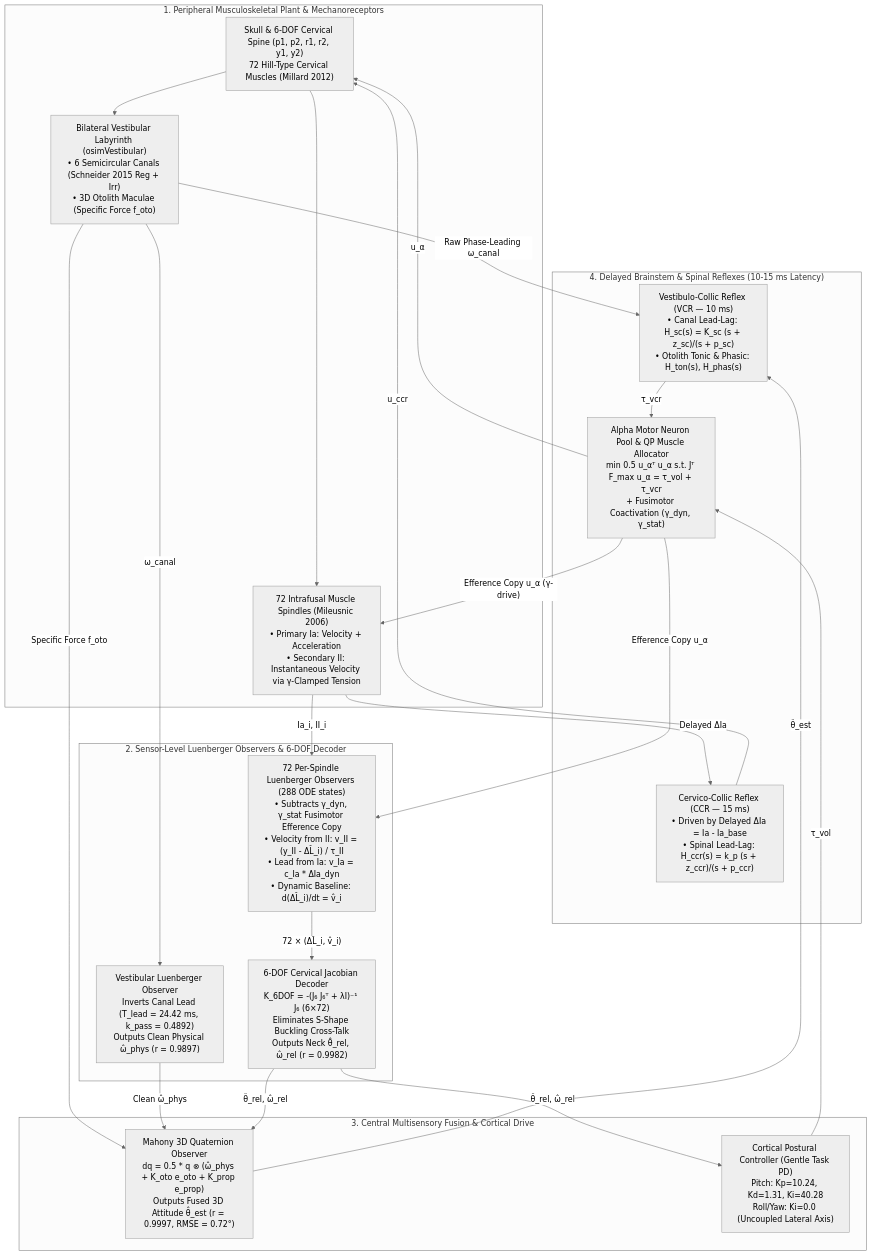
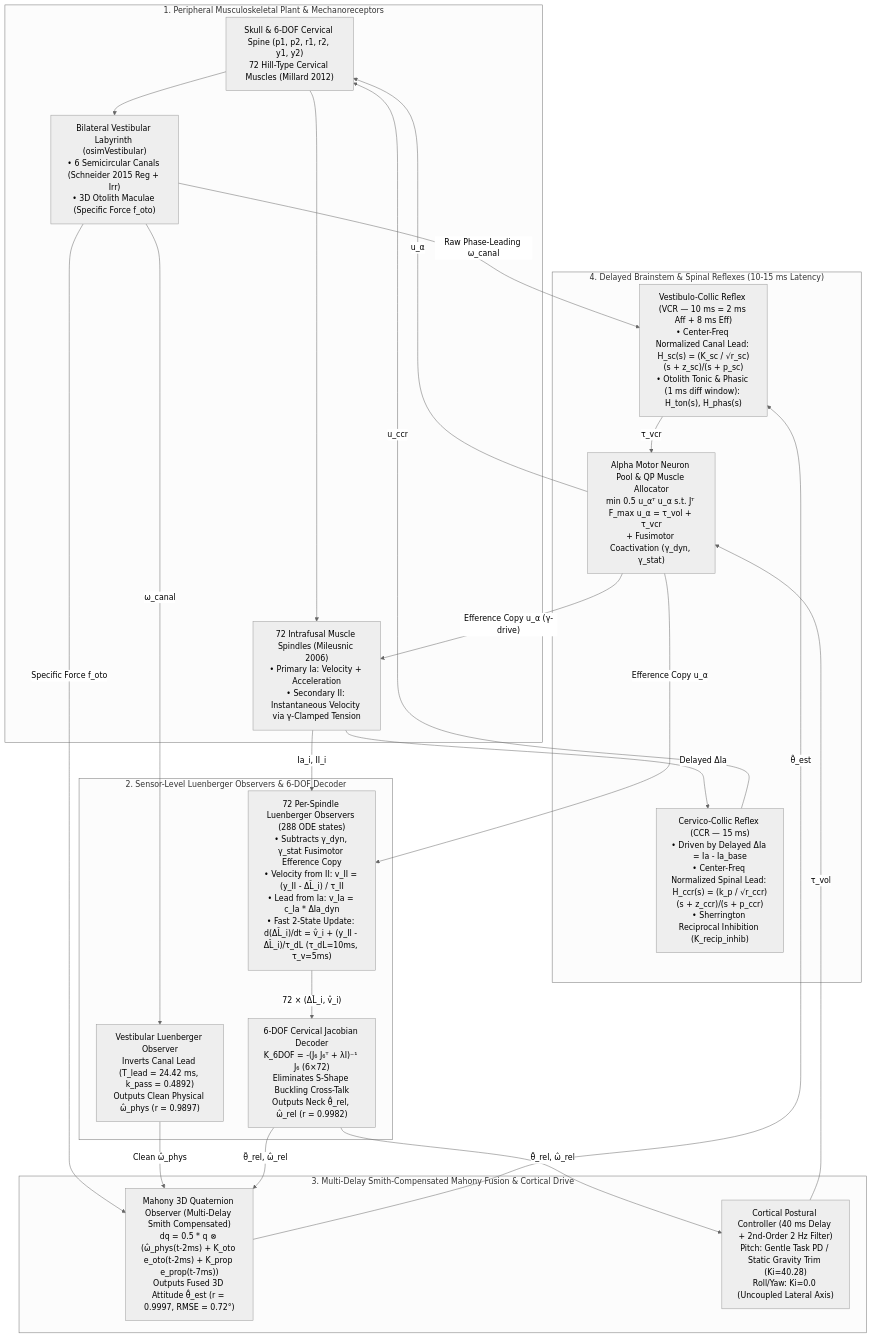
Before and after one commit to utkuoguzman/HeadNeck_Control_w_Sensors_Opensim4_6: the diagram in README.md, drawn with Mermaid (neutral theme). The commit also changed other lines of this file and 173 other files, not shown here.

````diff
--- a/README.md
+++ b/README.md
@@ -39,44 +38,44 @@
 ```mermaid
 flowchart TD
     subgraph PLANT ["1. Peripheral Musculoskeletal Plant & Mechanoreceptors"]
         skel["Skull & 6-DOF Cervical Spine (p1, p2, r1, r2, y1, y2)\n72 Hill-Type Cervical Muscles (Millard 2012)"]
         vestib["Bilateral Vestibular Labyrinth (osimVestibular)\n• 6 Semicircular Canals (Schneider 2015 Reg + Irr)\n• 3D Otolith Maculae (Specific Force f_oto)"]
         spindles["72 Intrafusal Muscle Spindles (Mileusnic 2006)\n• Primary Ia: Velocity + Acceleration\n• Secondary II: Instantaneous Velocity via γ-Clamped Tension"]
     end
 
     subgraph LUENBERGER ["2. Sensor-Level Luenberger Observers & 6-DOF Decoder"]
         v_luen["Vestibular Luenberger Observer\nInverts Canal Lead (T_lead = 24.42 ms, k_pass = 0.4892)\nOutputs Clean Physical ω̂_phys (r = 0.9897)"]
-        s_luen["72 Per-Spindle Luenberger Observers (288 ODE states)\n• Subtracts γ_dyn, γ_stat Fusimotor Efference Copy\n• Velocity from II: v_II = (y_II - ΔL̂_i) / τ_II\n• Lead from Ia: v_Ia = c_Ia * ΔIa_dyn\n• Dynamic Baseline: d(ΔL̂_i)/dt = v̂_i"]
+        s_luen["72 Per-Spindle Luenberger Observers (288 ODE states)\n• Subtracts γ_dyn, γ_stat Fusimotor Efference Copy\n• Velocity from II: v_II = (y_II - ΔL̂_i) / τ_II\n• Lead from Ia: v_Ia = c_Ia * ΔIa_dyn\n• Fast 2-State Update: d(ΔL̂_i)/dt = v̂_i + (y_II - ΔL̂_i)/τ_dL (τ_dL=10ms, τ_v=5ms)"]
         jac6["6-DOF Cervical Jacobian Decoder\nK_6DOF = -(J₆ J₆ᵀ + λI)⁻¹ J₆ (6×72)\nEliminates S-Shape Buckling Cross-Talk\nOutputs Neck θ̂_rel, ω̂_rel (r = 0.9982)"]
     end
 
-    subgraph FUSION ["3. Central Multisensory Fusion & Cortical Drive"]
-        mahony["Mahony 3D Quaternion Observer\ndq = 0.5 * q ⊗ (ω̂_phys + K_oto e_oto + K_prop e_prop)\nOutputs Fused 3D Attitude θ̂_est (r = 0.9997, RMSE = 0.72°)"]
-        cortical["Cortical Postural Controller (Gentle Task PD)\nPitch: Kp=10.24, Kd=1.31, Ki=40.28\nRoll/Yaw: Ki=0.0 (Uncoupled Lateral Axis)"]
+    subgraph FUSION ["3. Multi-Delay Smith-Compensated Mahony Fusion & Cortical Drive"]
+        mahony["Mahony 3D Quaternion Observer (Multi-Delay Smith Compensated)\ndq = 0.5 * q ⊗ (ω̂_phys(t-2ms) + K_oto e_oto(t-2ms) + K_prop e_prop(t-7ms))\nOutputs Fused 3D Attitude θ̂_est (r = 0.9997, RMSE = 0.72°)"]
+        cortical["Cortical Postural Controller (40 ms Delay + 2nd-Order 2 Hz Filter)\nPitch: Gentle Task PD / Static Gravity Trim (Ki=40.28)\nRoll/Yaw: Ki=0.0 (Uncoupled Lateral Axis)"]
     end
 
     subgraph REFLEX ["4. Delayed Brainstem & Spinal Reflexes (10-15 ms Latency)"]
-        vcr["Vestibulo-Collic Reflex (VCR — 10 ms)\n• Canal Lead-Lag: H_sc(s) = K_sc (s + z_sc)/(s + p_sc)\n• Otolith Tonic & Phasic: H_ton(s), H_phas(s)"]
-        ccr["Cervico-Collic Reflex (CCR — 15 ms)\n• Driven by Delayed ΔIa = Ia - Ia_base\n• Spinal Lead-Lag: H_ccr(s) = k_p (s + z_ccr)/(s + p_ccr)"]
+        vcr["Vestibulo-Collic Reflex (VCR — 10 ms = 2 ms Aff + 8 ms Eff)\n• Center-Freq Normalized Canal Lead: H_sc(s) = (K_sc / √r_sc)(s + z_sc)/(s + p_sc)\n• Otolith Tonic & Phasic (1 ms diff window): H_ton(s), H_phas(s)"]
+        ccr["Cervico-Collic Reflex (CCR — 15 ms)\n• Driven by Delayed ΔIa = Ia - Ia_base\n• Center-Freq Normalized Spinal Lead: H_ccr(s) = (k_p / √r_ccr)(s + z_ccr)/(s + p_ccr)\n• Sherrington Reciprocal Inhibition (K_recip_inhib)"]
         qp["Alpha Motor Neuron Pool & QP Muscle Allocator\nmin 0.5 u_αᵀ u_α s.t. Jᵀ F_max u_α = τ_vol + τ_vcr\n+ Fusimotor Coactivation (γ_dyn, γ_stat)"]
     end
 
     skel --> vestib
     skel --> spindles
     vestib -->|"Raw Phase-Leading ω_canal"| vcr
     vestib -->|"ω_canal"| v_luen
     vestib -->|"Specific Force f_oto"| mahony
     spindles -->|"Delayed ΔIa"| ccr
     spindles -->|"Ia_i, II_i"| s_luen
     s_luen -->|"72 × (ΔL̂_i, v̂_i)"| jac6
     v_luen -->|"Clean ω̂_phys"| mahony
     jac6 -->|"θ̂_rel, ω̂_rel"| mahony
     jac6 -->|"θ̂_rel, ω̂_rel"| cortical
     mahony -->|"θ̂_est"| vcr
     cortical -->|"τ_vol"| qp
     vcr -->|"τ_vcr"| qp
     qp -->|"Efference Copy u_α (γ-drive)"| spindles
     qp -->|"Efference Copy u_α"| s_luen
     qp -->|"u_α"| skel
     ccr -->|"u_ccr"| skel
 ```
````
